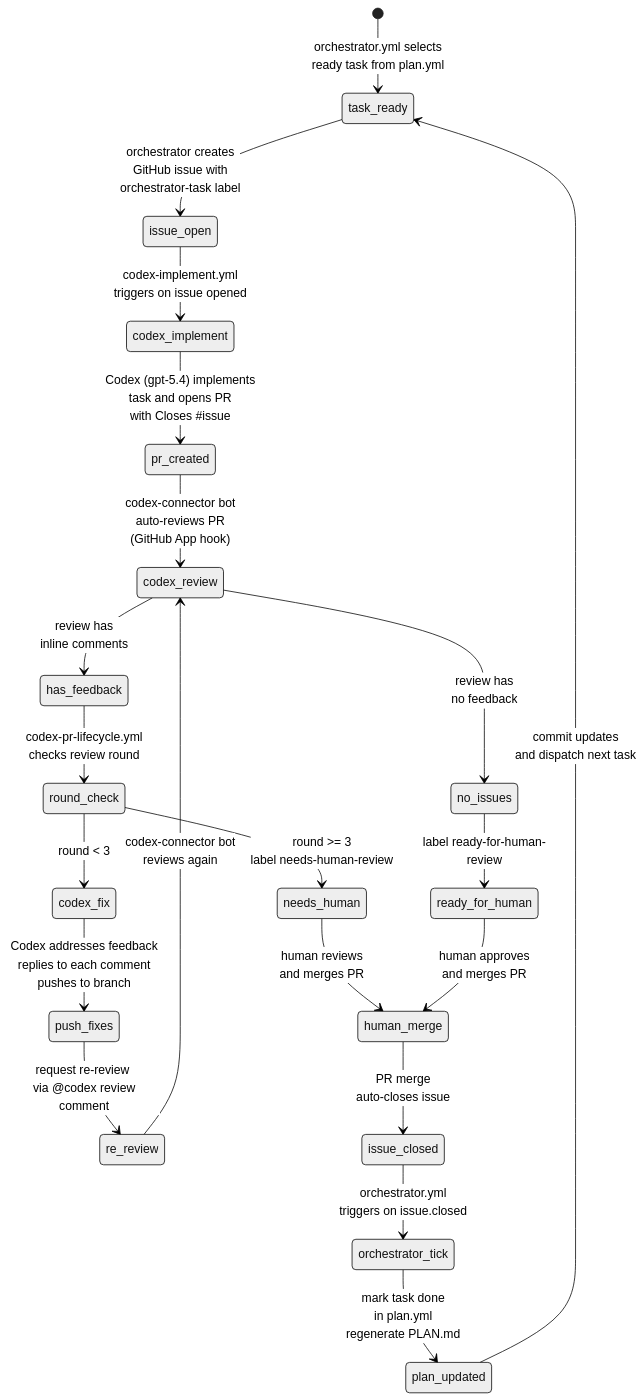
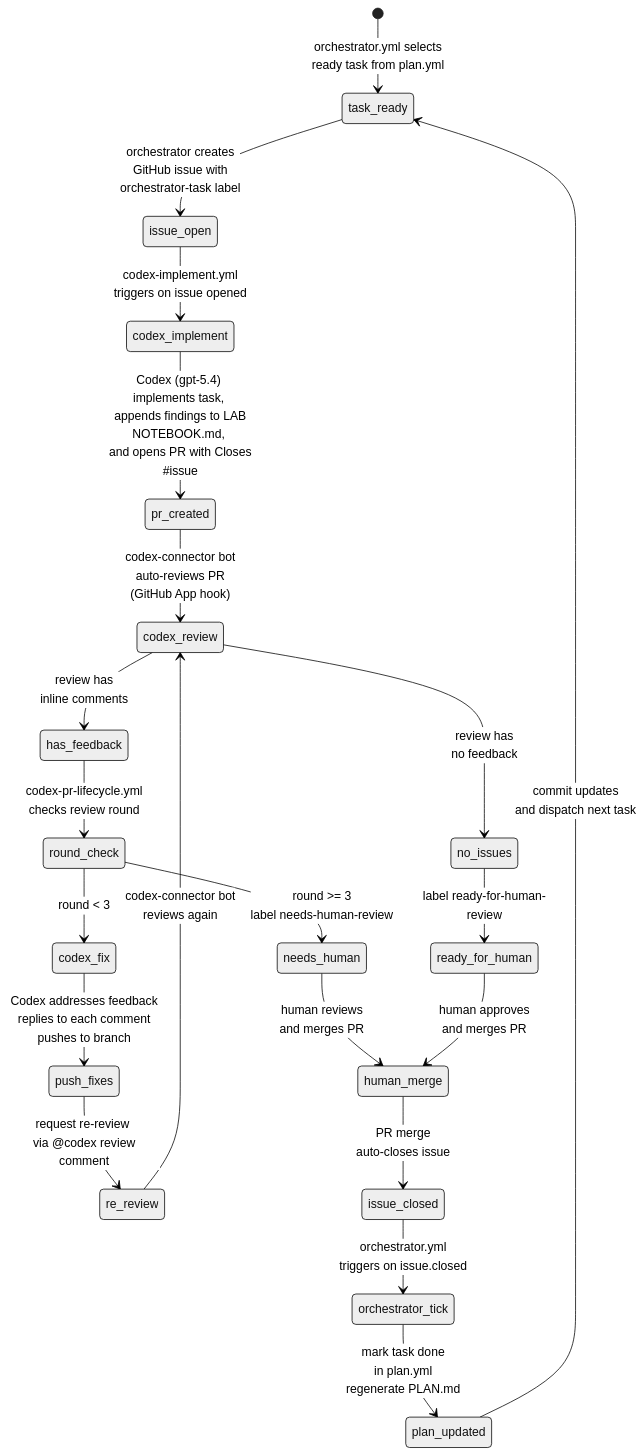
The diagram in lyzortx/orchestration/README.md (LorenaDerezanin/coli_phage_interactions_2023), drawn with Mermaid (neutral theme) before and after one commit.

Commit message:
docs: mention LAB NOTEBOOK.md in orchestration lifecycle diagram

````diff
--- a/lyzortx/orchestration/README.md
+++ b/lyzortx/orchestration/README.md
@@ -10,40 +10,40 @@
 ```mermaid
 stateDiagram-v2
     [*] --> task_ready : orchestrator.yml selects <br> ready task from plan.yml
 
     task_ready --> issue_open : orchestrator creates <br> GitHub issue with <br> orchestrator-task label
 
     issue_open --> codex_implement : codex-implement.yml <br> triggers on issue opened
 
-    codex_implement --> pr_created : Codex (gpt-5.4) implements <br> task and opens PR <br> with Closes #issue
+    codex_implement --> pr_created : Codex (gpt-5.4) implements task, <br> appends findings to LAB NOTEBOOK.md, <br> and opens PR with Closes #issue
 
     pr_created --> codex_review : codex-connector bot <br> auto-reviews PR <br> (GitHub App hook)
 
     codex_review --> has_feedback : review has <br> inline comments
     codex_review --> no_issues : review has <br> no feedback
 
     has_feedback --> round_check : codex-pr-lifecycle.yml <br> checks review round
 
     round_check --> codex_fix : round < 3
     round_check --> needs_human : round >= 3 <br> label needs-human-review
 
     codex_fix --> push_fixes : Codex addresses feedback <br> replies to each comment <br> pushes to branch
 
     push_fixes --> re_review : request re-review <br> via @codex review comment
 
     re_review --> codex_review : codex-connector bot <br> reviews again
 
     needs_human --> human_merge : human reviews <br> and merges PR
 
     no_issues --> ready_for_human : label ready-for-human-review
 
     ready_for_human --> human_merge : human approves <br> and merges PR
 
     human_merge --> issue_closed : PR merge <br> auto-closes issue
 
     issue_closed --> orchestrator_tick : orchestrator.yml <br> triggers on issue.closed
 
     orchestrator_tick --> plan_updated : mark task done <br> in plan.yml <br> regenerate PLAN.md
 
     plan_updated --> task_ready : commit updates <br> and dispatch next task
 ```
````
